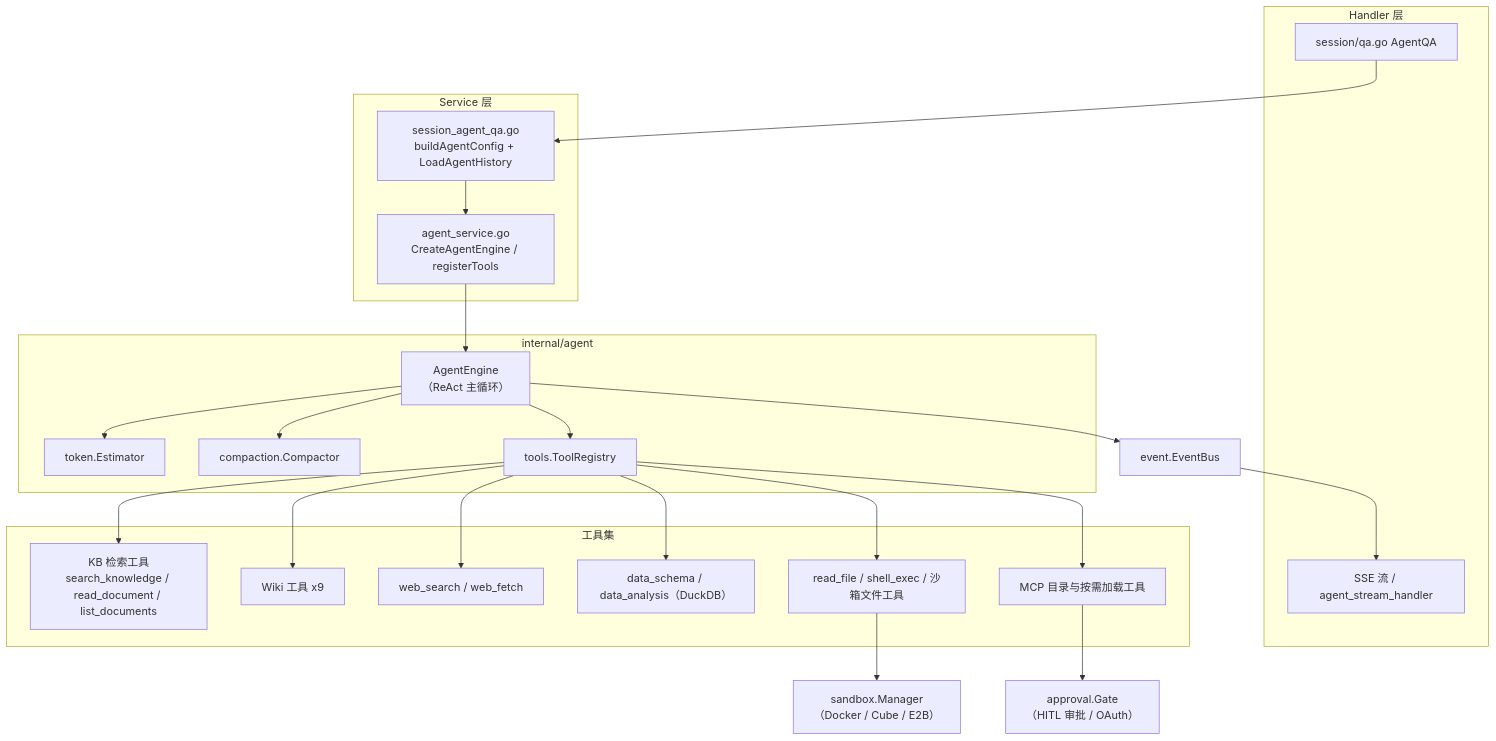
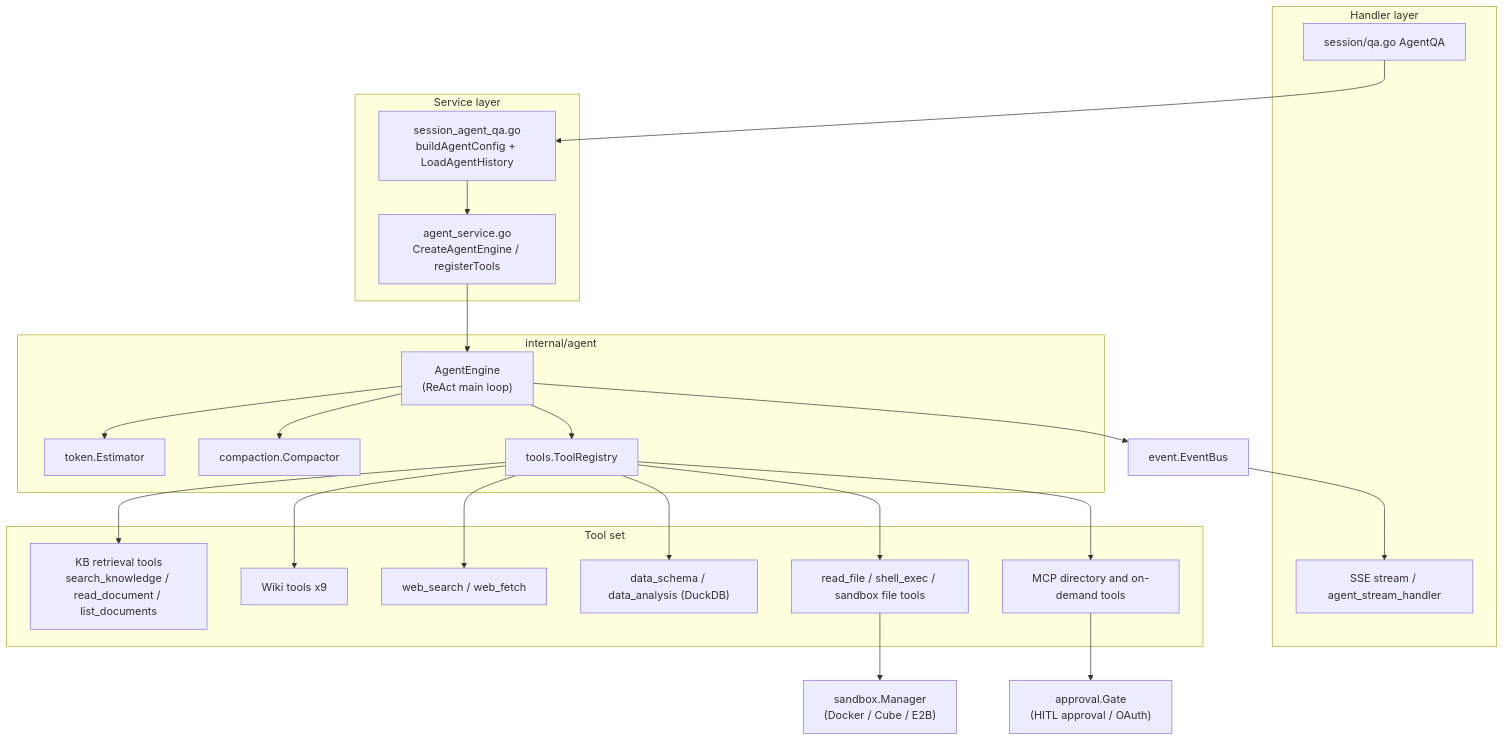
The first of 3 diagrams in website-docs/03-features/07-agent.md (jrmatherly/ai-kb), drawn with Mermaid before and after one commit. The commit also changed other lines of this file and 11 other files, not shown here.

First line of the commit message:
docs(features): translate batch 1 (agent, models, MCP, document parsing, knowledge base)

````diff
--- a/website-docs/03-features/07-agent.md
+++ b/website-docs/03-features/07-agent.md
@@ -241,42 +253,42 @@
 ```mermaid
 flowchart TB
-    subgraph HandlerLayer["Handler 层"]
+    subgraph HandlerLayer["Handler layer"]
         H1["session/qa.go AgentQA"]
-        SSE["SSE 流 / agent_stream_handler"]
+        SSE["SSE stream / agent_stream_handler"]
     end
-    subgraph ServiceLayer["Service 层"]
+    subgraph ServiceLayer["Service layer"]
         SQA["session_agent_qa.go<br/>buildAgentConfig + LoadAgentHistory"]
         AS["agent_service.go<br/>CreateAgentEngine / registerTools"]
     end
     subgraph EngineLayer["internal/agent"]
-        ENG["AgentEngine<br/>（ReAct 主循环）"]
+        ENG["AgentEngine<br/>(ReAct main loop)"]
         TOK["token.Estimator"]
         MEM["compaction.Compactor"]
         REG["tools.ToolRegistry"]
     end
-    subgraph Tools["工具集"]
-        KB["KB 检索工具<br/>search_knowledge / read_document / list_documents"]
-        WIKI["Wiki 工具 x9"]
+    subgraph Tools["Tool set"]
+        KB["KB retrieval tools<br/>search_knowledge / read_document / list_documents"]
+        WIKI["Wiki tools x9"]
         WEB["web_search / web_fetch"]
-        DATA["data_schema / data_analysis（DuckDB）"]
-        SKILL["read_file / shell_exec / 沙箱文件工具"]
-        MCP["MCP 目录与按需加载工具"]
+        DATA["data_schema / data_analysis (DuckDB)"]
+        SKILL["read_file / shell_exec / sandbox file tools"]
+        MCP["MCP directory and on-demand tools"]
     end
-    GATE["approval.Gate<br/>（HITL 审批 / OAuth）"]
-    SBX["sandbox.Manager<br/>（Docker / Cube / E2B）"]
+    GATE["approval.Gate<br/>(HITL approval / OAuth)"]
+    SBX["sandbox.Manager<br/>(Docker / Cube / E2B)"]
     EB["event.EventBus"]
 
     H1 --> SQA --> AS --> ENG
     ENG --> TOK
     ENG --> MEM
     ENG --> REG
     REG --> KB
     REG --> WIKI
     REG --> WEB
     REG --> DATA
     REG --> SKILL
     REG --> MCP
     MCP --> GATE
     SKILL --> SBX
     ENG --> EB --> SSE
 ```
````
